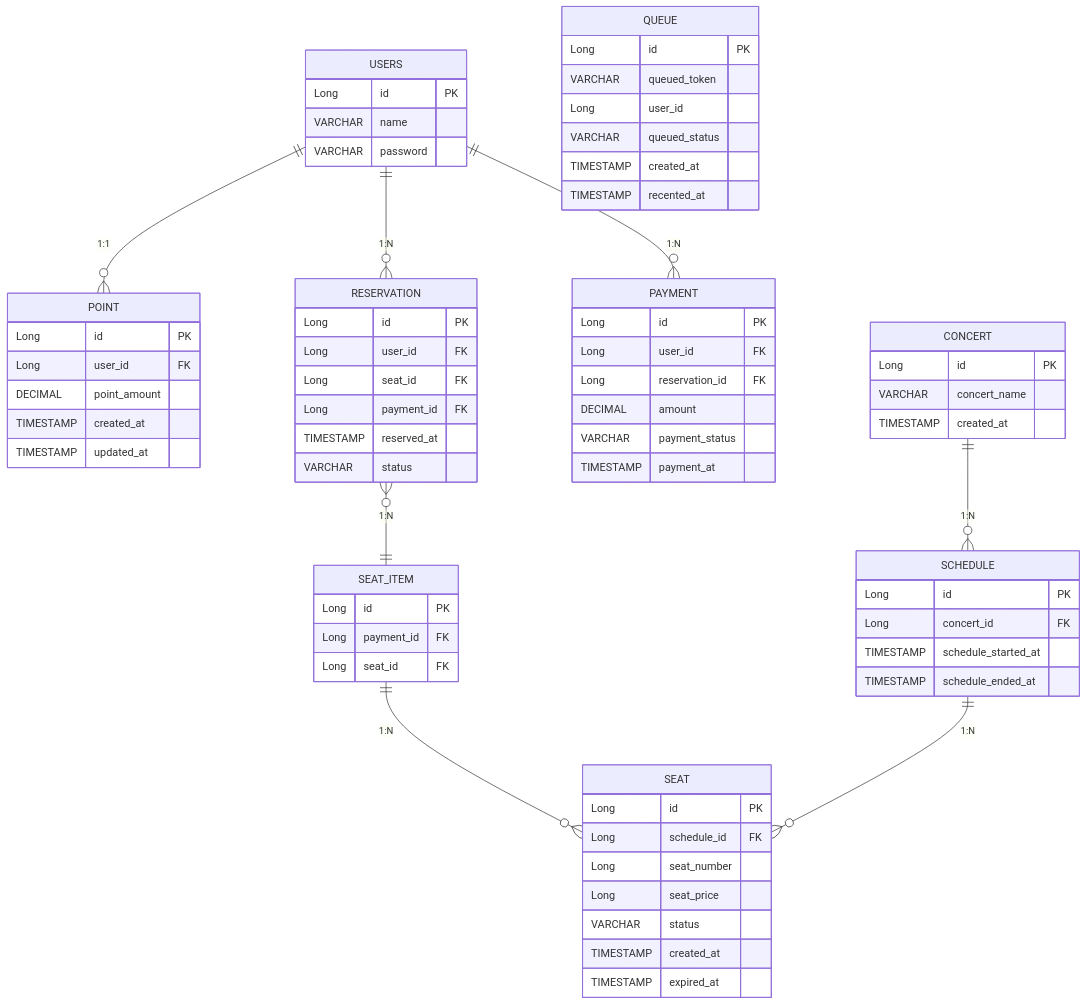
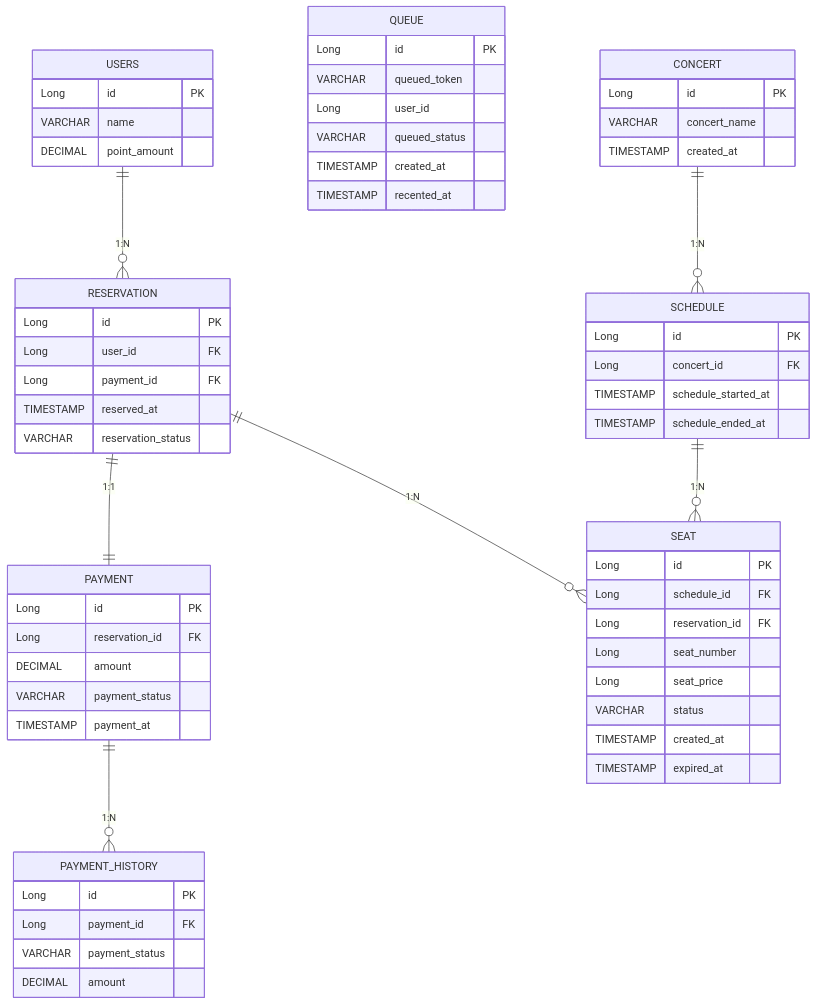
The diagram in docs/ERD.md (hyojin202406/hanghae-concert), drawn with Mermaid before and after one commit. The commit also changed 2 other files, not shown here.

Commit message:
doc: API, ERD, Sequence_diagram 수정

```diff
--- a/docs/ERD.md
+++ b/docs/ERD.md
@@ -7,7 +7,7 @@
     USERS {
         Long id PK
         VARCHAR name
-        VARCHAR password
+        DECIMAL point_amount
     }
 
     QUEUE {
@@ -19,34 +19,29 @@
         TIMESTAMP recented_at
     }
 
-    POINT {
-        Long id PK
-        Long user_id FK
-        DECIMAL point_amount
-        TIMESTAMP created_at
-        TIMESTAMP updated_at
-    }
-
     RESERVATION {
         Long id PK
         Long user_id FK
-        Long seat_id FK
-%%        Long concert_id FK
-%%        Long schedule_id FK
         Long payment_id FK
         TIMESTAMP reserved_at
-        VARCHAR status
+        VARCHAR reservation_status
     }
 
     PAYMENT {
         Long id PK
-        Long user_id FK
         Long reservation_id FK
         DECIMAL amount
         VARCHAR payment_status
         TIMESTAMP payment_at
     }
-
+    
+    PAYMENT_HISTORY {
+        Long id PK
+        Long payment_id FK
+        VARCHAR payment_status
+        DECIMAL amount
+    }
+    
     CONCERT {
         Long id PK
         VARCHAR concert_name
@@ -60,15 +55,10 @@
         TIMESTAMP schedule_ended_at
     }
     
-    SEAT_ITEM {
-        Long id PK
-        Long payment_id FK
-        Long seat_id FK
-    }
-    
     SEAT {
         Long id PK
         Long schedule_id FK
+        Long reservation_id FK
         Long seat_number
         Long seat_price
         VARCHAR status
@@ -77,11 +67,10 @@
     }
 
     %% Relationships
-    USERS ||--o{ POINT : "1:1"
     USERS ||--o{ RESERVATION : "1:N"
-    USERS ||--o{ PAYMENT : "1:N"
-    RESERVATION }o--|| SEAT_ITEM : "1:N"
-    SEAT_ITEM ||--o{ SEAT : "1:N"
+    RESERVATION ||--|| PAYMENT : "1:1"
+    PAYMENT ||--o{ PAYMENT_HISTORY : "1:N"
+    RESERVATION ||--o{ SEAT : "1:N"
     CONCERT ||--o{ SCHEDULE : "1:N"
     SCHEDULE ||--o{ SEAT : "1:N"
 
```
